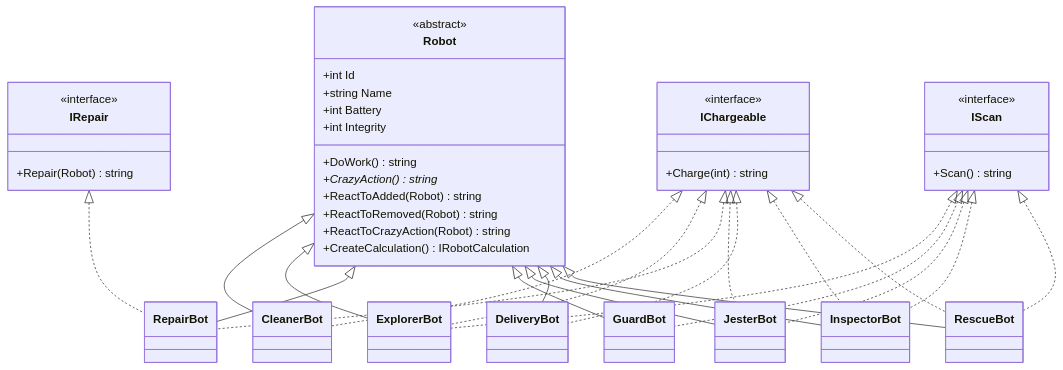
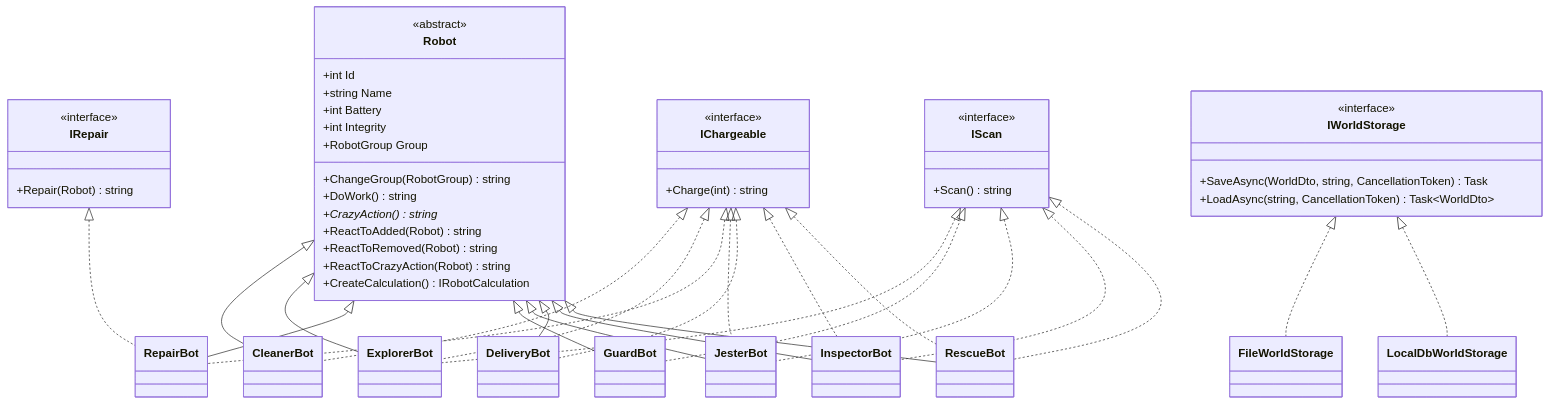
Before and after one commit to mkotkov/RobotPlanet: the first of 4 diagrams in README.md, drawn with Mermaid. The commit also changed other lines of this file, not shown here.

````diff
--- a/README.md
+++ b/README.md
@@ -95,51 +113,61 @@
 ```mermaid
 classDiagram
     class Robot {
         <<abstract>>
         +int Id
         +string Name
         +int Battery
         +int Integrity
+        +RobotGroup Group
+        +ChangeGroup(RobotGroup) string
         +DoWork() string
         +CrazyAction() string*
         +ReactToAdded(Robot) string
         +ReactToRemoved(Robot) string
         +ReactToCrazyAction(Robot) string
         +CreateCalculation() IRobotCalculation
     }
     class IChargeable {
         <<interface>>
         +Charge(int) string
     }
     class IScan {
         <<interface>>
         +Scan() string
     }
     class IRepair {
         <<interface>>
         +Repair(Robot) string
+    }
+    class IWorldStorage {
+        <<interface>>
+        +SaveAsync(WorldDto, string, CancellationToken) Task
+        +LoadAsync(string, CancellationToken) Task~WorldDto~
     }
 
     Robot <|-- CleanerBot
     Robot <|-- ExplorerBot
     Robot <|-- RepairBot
     Robot <|-- GuardBot
     Robot <|-- JesterBot
     Robot <|-- DeliveryBot
     Robot <|-- InspectorBot
     Robot <|-- RescueBot
 
     IChargeable <|.. CleanerBot
     IChargeable <|.. ExplorerBot
     IScan <|.. ExplorerBot
     IChargeable <|.. RepairBot
     IRepair <|.. RepairBot
     IScan <|.. GuardBot
     IScan <|.. JesterBot
     IChargeable <|.. JesterBot
     IChargeable <|.. DeliveryBot
     IChargeable <|.. InspectorBot
     IScan <|.. InspectorBot
     IChargeable <|.. RescueBot
     IScan <|.. RescueBot
+
+    IWorldStorage <|.. FileWorldStorage
+    IWorldStorage <|.. LocalDbWorldStorage
 ```
````
